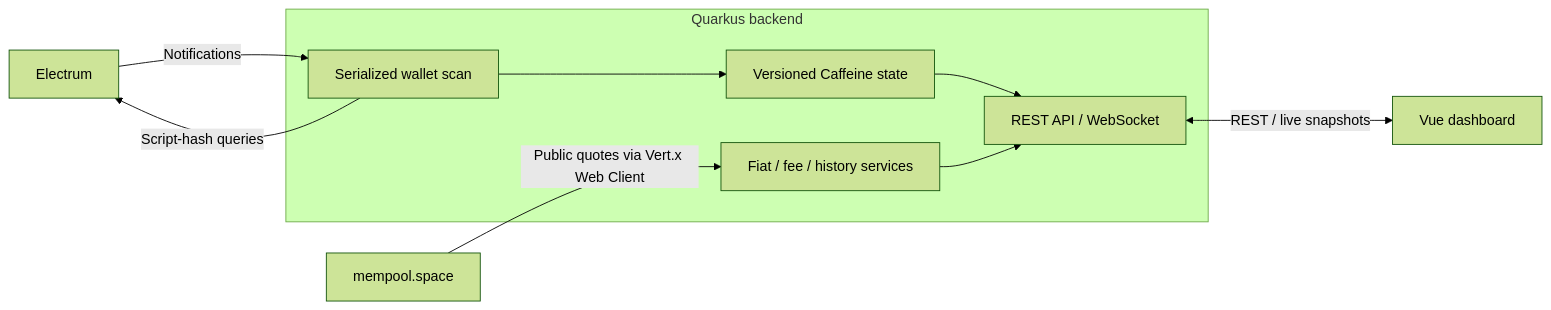
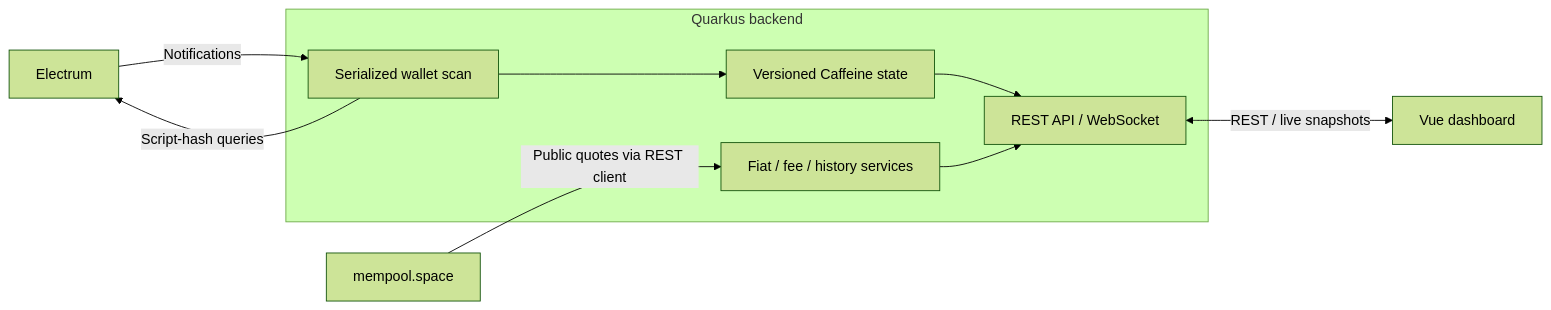
One commit to comassky/wallet-viewer changed the diagram in README.md. Above: the diagram before and after it, drawn with Mermaid (forest theme). The commit also changed other lines of this file, not shown here.

````diff
--- a/README.md
+++ b/README.md
@@ -59,12 +59,12 @@
 ```mermaid
 flowchart LR
 	E[Electrum] -->|Notifications| S
 	subgraph Backend[Quarkus backend]
 		S[Serialized wallet scan] --> C[Versioned Caffeine state]
 		C --> A[REST API / WebSocket]
 		P[Fiat / fee / history services] --> A
 	end
 	S -->|Script-hash queries| E
-	M[mempool.space] -->|Public quotes via Vert.x Web Client| P
+	M[mempool.space] -->|Public quotes via REST client| P
 	A <-->|REST / live snapshots| V[Vue dashboard]
 ```
````
